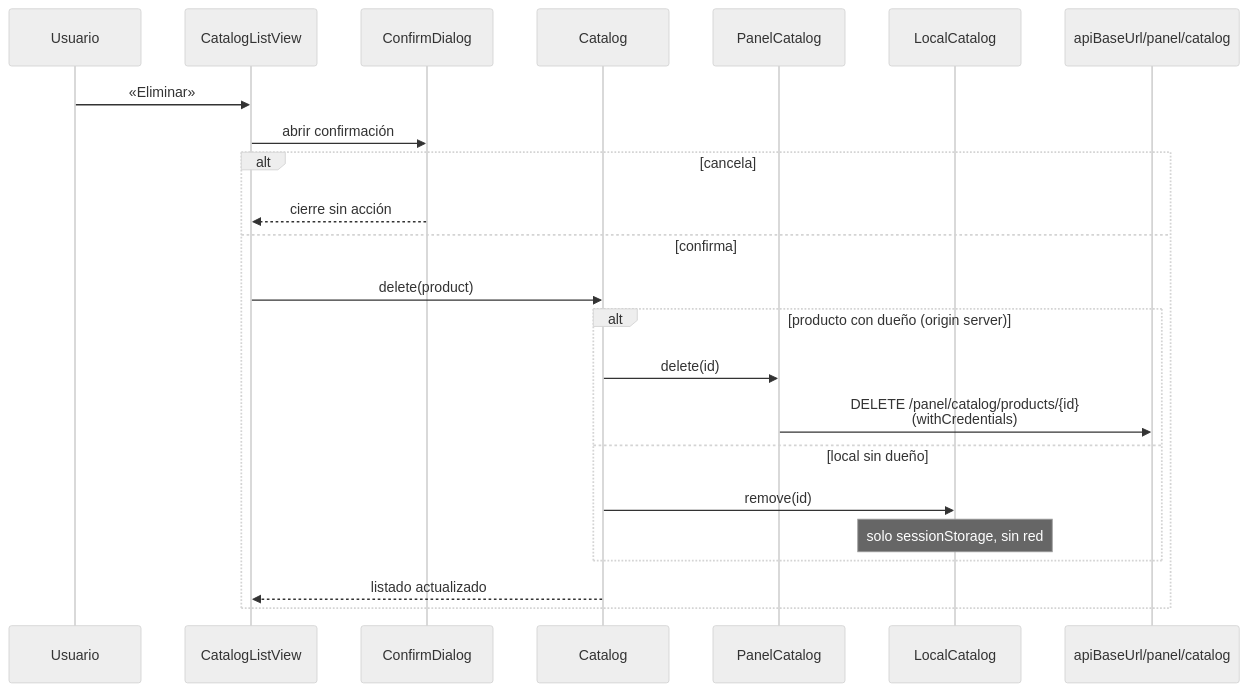
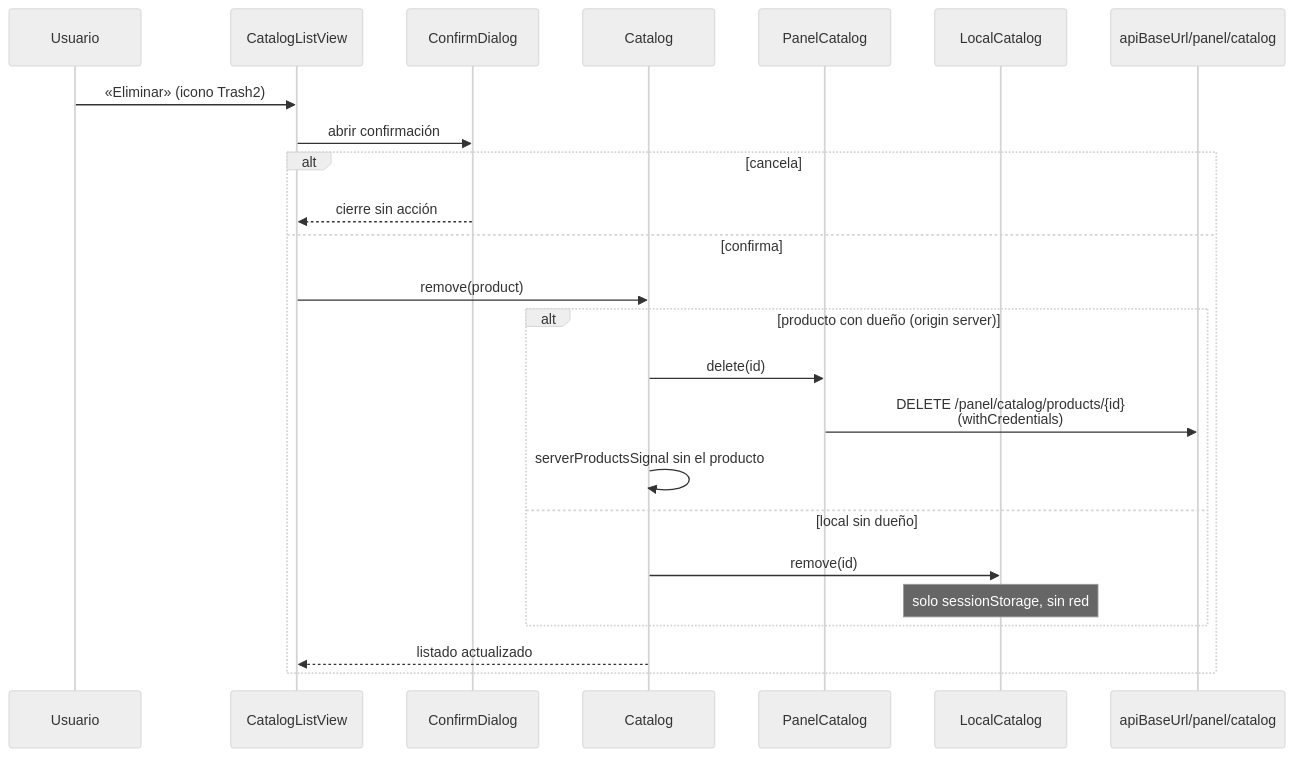
The seventh of 10 diagrams in specs/002-panel-catalog-management/uml.md (Dariosoft/fes-panel-web), drawn with Mermaid (neutral theme) before and after one commit. The commit also changed other lines of this file and 3 other files, not shown here.

````diff
--- a/specs/002-panel-catalog-management/uml.md
+++ b/specs/002-panel-catalog-management/uml.md
@@ -225,26 +319,27 @@
 ```mermaid
 sequenceDiagram
   participant User as Usuario
   participant List as CatalogListView
   participant Dialog as ConfirmDialog
   participant Cat as Catalog
   participant Panel as PanelCatalog
   participant Local as LocalCatalog
   participant API as apiBaseUrl/panel/catalog
 
-  User->>List: «Eliminar»
+  User->>List: «Eliminar» (icono Trash2)
   List->>Dialog: abrir confirmación
   alt cancela
     Dialog-->>List: cierre sin acción
   else confirma
-    List->>Cat: delete(product)
+    List->>Cat: remove(product)
     alt producto con dueño (origin server)
       Cat->>Panel: delete(id)
       Panel->>API: DELETE /panel/catalog/products/{id}<br/>(withCredentials)
+      Cat->>Cat: serverProductsSignal sin el producto
     else local sin dueño
       Cat->>Local: remove(id)
       Note over Local: solo sessionStorage, sin red
     end
     Cat-->>List: listado actualizado
   end
 ```
````
